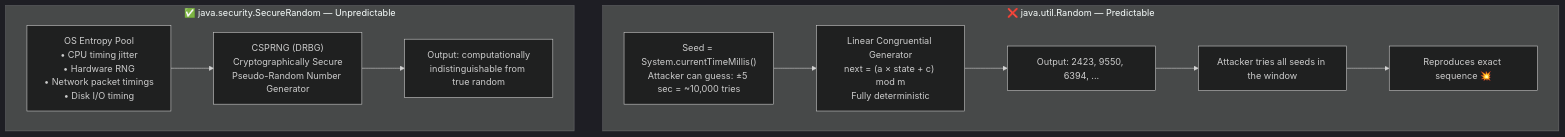
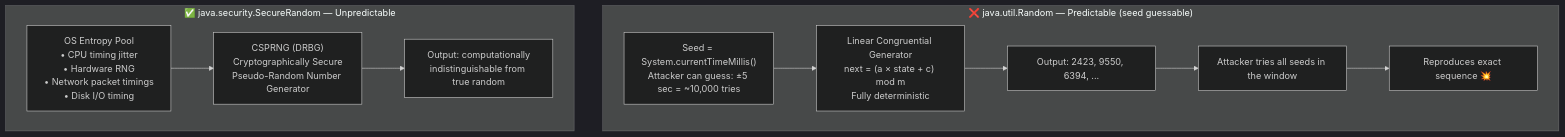
The fourth of 9 diagrams in src/main/java/security/attacks/README.md (csoares/SecurityJava), drawn with Mermaid (dark theme) before and after one commit. The commit also changed other lines of this file and 8 other files, not shown here.

Commit message:
Update flowchart direction in README for consistency and clarity

````diff
--- a/src/main/java/security/attacks/README.md
+++ b/src/main/java/security/attacks/README.md
@@ -81,17 +81,17 @@
 ```mermaid
 flowchart TD
-    subgraph Weak ["❌ java.util.Random — Predictable"]
+    subgraph Weak ["❌ java.util.Random — Predictable (seed guessable)"]
         SEED["Seed = System.currentTimeMillis()<br/>Attacker can guess: ±5 sec = ~10,000 tries"]
         LCG["Linear Congruential Generator<br/>next = (a × state + c) mod m<br/>Fully deterministic"]
         OUT["Output: 2423, 9550, 6394, ..."]
         SEED --> LCG --> OUT
         OUT --> ATKSEED["Attacker tries all seeds in the window"] --> ATKOUT["Reproduces exact sequence 💥"]
     end
 
     subgraph Strong ["✅ java.security.SecureRandom — Unpredictable"]
         ENTROPY["OS Entropy Pool<br/>• CPU timing jitter<br/>• Hardware RNG<br/>• Network packet timings<br/>• Disk I/O timing"]
         DRBG["CSPRNG (DRBG)<br/>Cryptographically Secure<br/>Pseudo-Random Number Generator"]
         SOUT["Output: computationally<br/>indistinguishable from true random"]
         ENTROPY --> DRBG --> SOUT
     end
 ```
````
